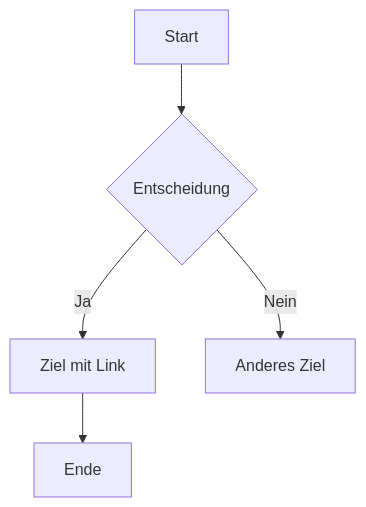
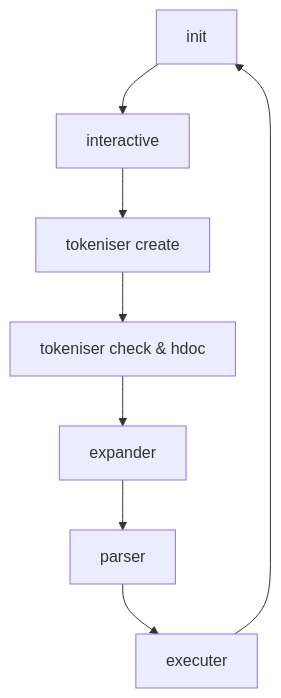
Before and after one commit to ELREKO/minishell: the diagram in README.md, drawn with Mermaid. The commit also changed other lines of this file and 8 other files, not shown here.

````diff
--- a/README.md
+++ b/README.md
@@ -53,9 +53,17 @@
 ```mermaid
 flowchart TD
-    A[Start] --> B{Entscheidung}
-    B -->|Ja| C[Ziel mit Link]
-    B -->|Nein| D[Anderes Ziel]
-    C --> E[Ende]
-
-    click C "doc/pic/programm_work.png" "Klicken Sie hier, um die PDF-Datei zu öffnen"
+    A[init]
+    B[interactive]
+    C[tokeniser create]
+    D[tokeniser check & hdoc]
+    E[expander]
+    F[parser]
+    G[executer]
+    A-->B
+    B-->C
+    C-->D
+    D-->E
+    E-->F
+    F-->G
+    G-->A
 ```
````
